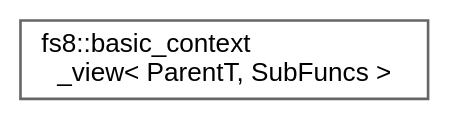
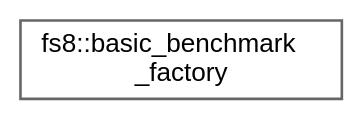
One commit to the-moisrex/foresight changed the diagram in api/inherit_graph_14.dot. Above: the diagram before and after it, drawn with Graphviz. The commit also changed 306 other files, not shown here.

```diff
--- a/api/inherit_graph_14.dot
+++ b/api/inherit_graph_14.dot
@@ -1,9 +1,9 @@
 digraph "Graphical Class Hierarchy"
 {
  // LATEX_PDF_SIZE
   bgcolor="transparent";
   edge [fontname=Helvetica,fontsize=10,labelfontname=Helvetica,labelfontsize=10];
   node [fontname=Helvetica,fontsize=10,shape=box,height=0.2,width=0.4];
   rankdir="LR";
-  Node0 [id="Node000000",label="fs8::basic_context\l_view\< ParentT, SubFuncs \>",height=0.2,width=0.4,color="grey40", fillcolor="white", style="filled",URL="$structfs8_1_1basic__context__view.html",tooltip=" "];
+  Node0 [id="Node000000",label="fs8::basic_benchmark\l_factory",height=0.2,width=0.4,color="grey40", fillcolor="white", style="filled",URL="$structfs8_1_1basic__benchmark__factory.html",tooltip=" "];
 }
```
